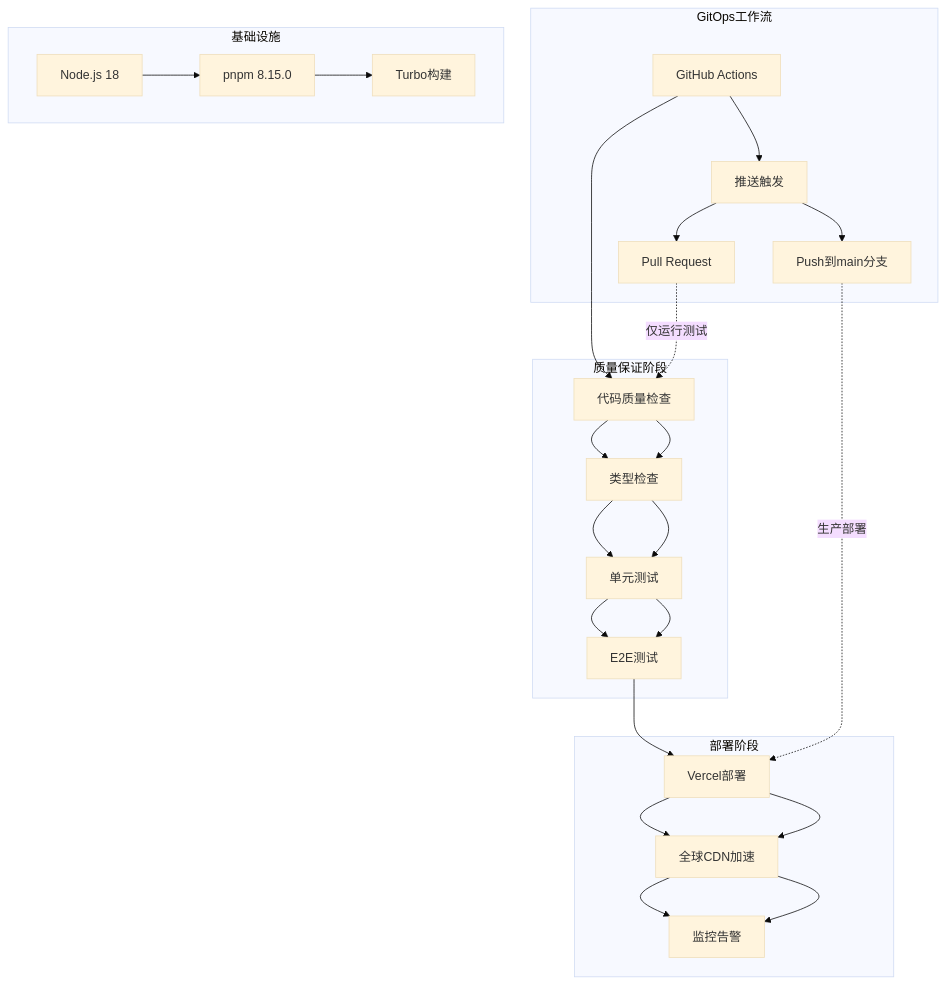
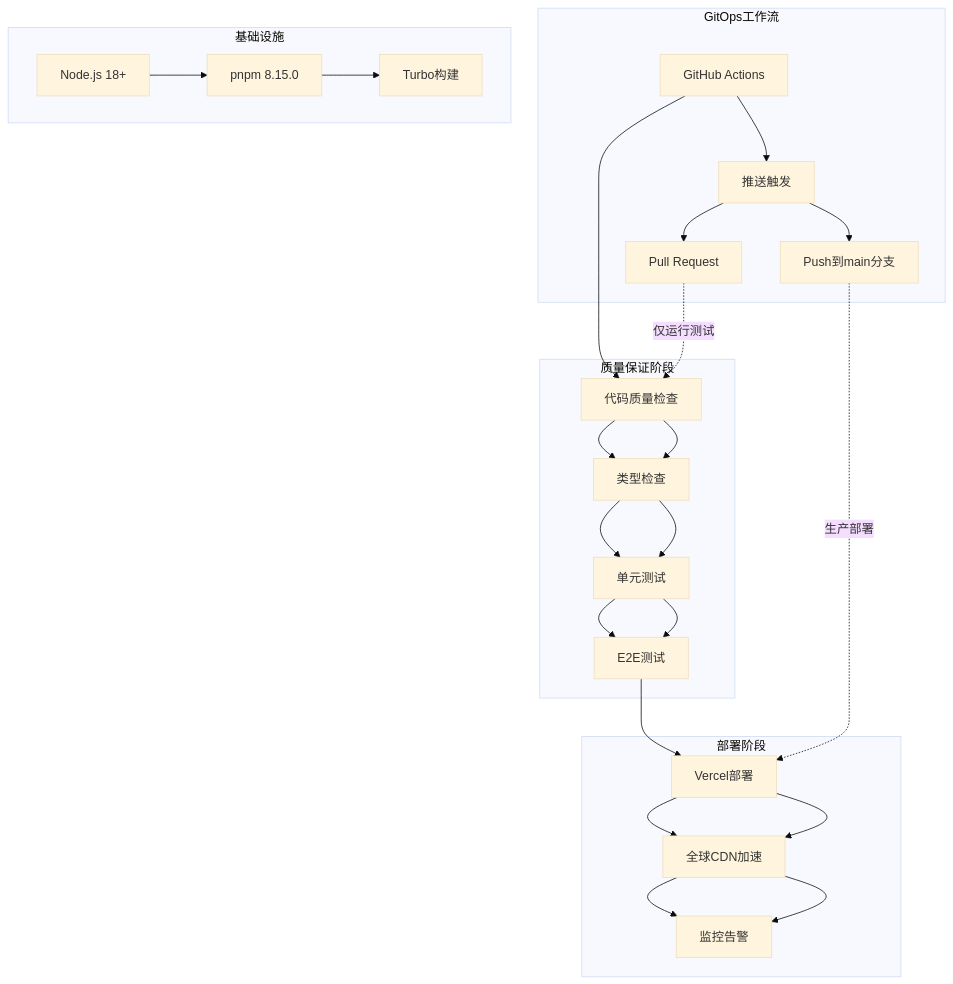
One commit to CryptoLinxu/Web3-AI-Agent changed the first of 15 diagrams in .qoder/repowiki/zh/content/项目概述/部署指南/CI_CD自动化部署.md. Above: the diagram before and after it, drawn with Mermaid (base theme). The commit also changed other lines of this file and 8 other files, not shown here.

````diff
--- a/.qoder/repowiki/zh/content/项目概述/部署指南/CI_CD自动化部署.md
+++ b/.qoder/repowiki/zh/content/项目概述/部署指南/CI_CD自动化部署.md
@@ -56,30 +56,30 @@
 ```mermaid
 graph TB
 subgraph "GitOps工作流"
 GHA[GitHub Actions] --> Trigger[推送触发]
 Trigger --> PR[Pull Request]
 Trigger --> Push[Push到main分支]
 end
 subgraph "质量保证阶段"
 Lint[代码质量检查] --> TypeCheck[类型检查]
 TypeCheck --> UnitTest[单元测试]
 UnitTest --> E2ETest[E2E测试]
 end
 subgraph "部署阶段"
 Vercel[Vercel部署] --> CDN[全球CDN加速]
 CDN --> Monitor[监控告警]
 end
 subgraph "基础设施"
-Node[Node.js 18] --> PNPM[pnpm 8.15.0]
+Node[Node.js 18+] --> PNPM[pnpm 8.15.0]
 PNPM --> Turbo[Turbo构建]
 end
 GHA --> Lint
 Lint --> TypeCheck
 TypeCheck --> UnitTest
 UnitTest --> E2ETest
 E2ETest --> Vercel
 Vercel --> CDN
 CDN --> Monitor
 PR -.->|仅运行测试| Lint
 Push -.->|生产部署| Vercel
 ```
````
